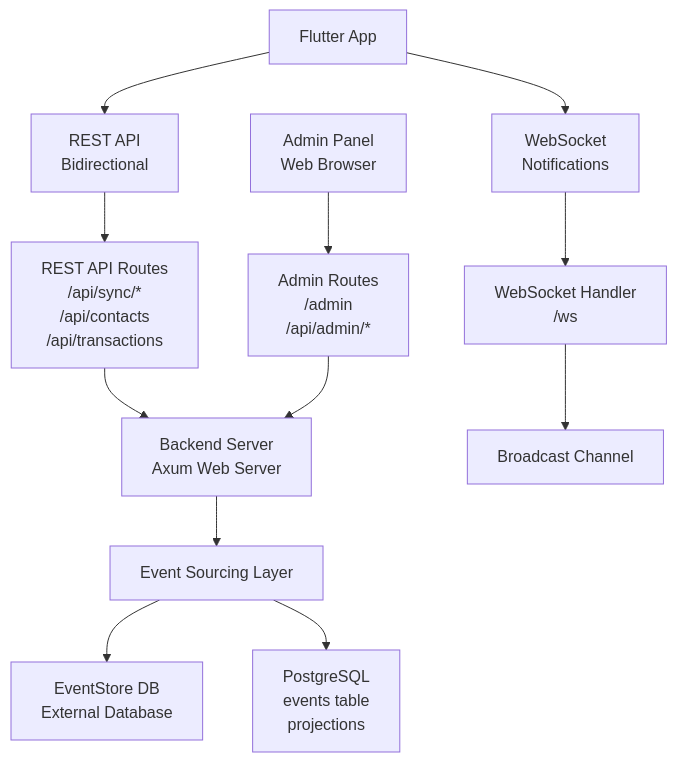
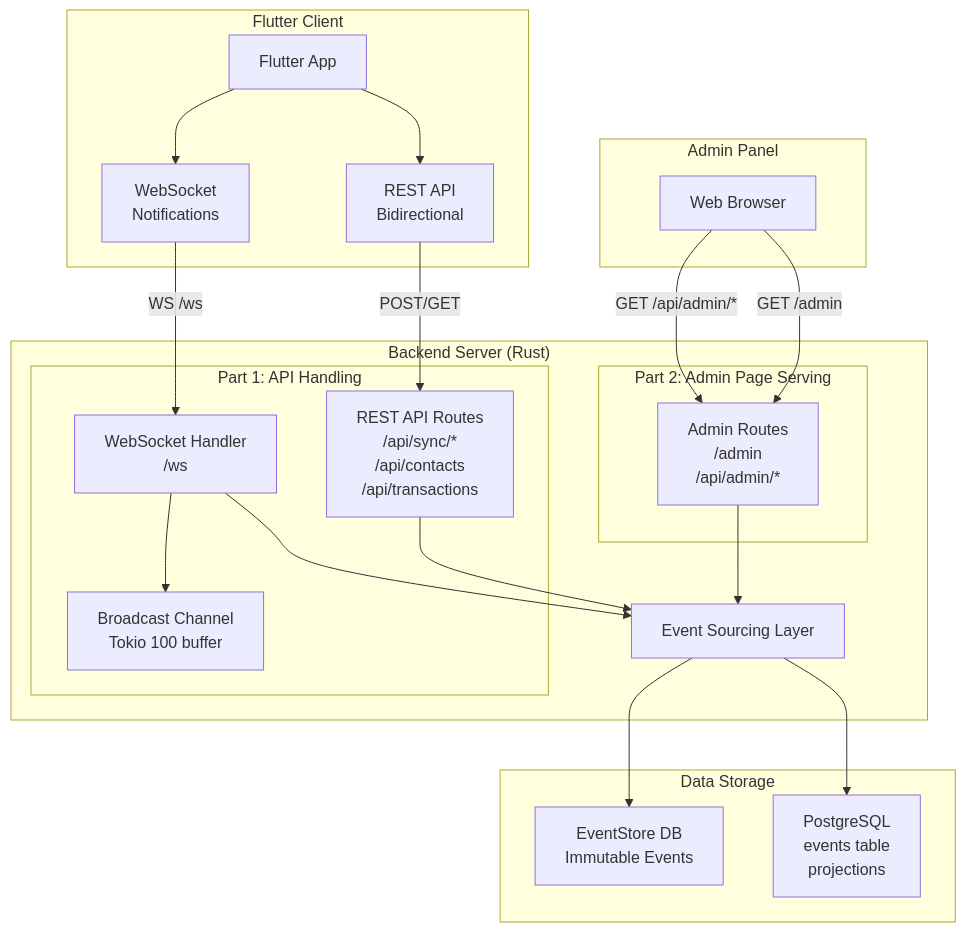
Before and after one commit to dark-cli/deptmaster: the fourth of 10 diagrams in docs/ARCHITECTURE.md, drawn with Mermaid. The commit also changed other lines of this file, not shown here.

First line of the commit message:
docs: rewrite ARCHITECTURE.md with clearer structure and Mermaid diagrams

````diff
--- a/docs/ARCHITECTURE.md
+++ b/docs/ARCHITECTURE.md
@@ -91,32 +93,47 @@
 ```mermaid
-flowchart TB
-    FlutterApp["Flutter App"]
-    RESTAPI["REST API<br/>Bidirectional"]
-    WebSocket["WebSocket<br/>Notifications"]
+graph TB
+    subgraph FlutterClient["Flutter Client"]
+        FlutterApp[Flutter App]
+        RESTAPI[REST API<br/>Bidirectional]
+        WebSocket[WebSocket<br/>Notifications]
+    end
     
-    AdminBrowser["Admin Panel<br/>Web Browser"]
+    subgraph AdminPanel["Admin Panel"]
+        Browser[Web Browser]
+    end
     
-    BackendServer["Backend Server<br/>Axum Web Server"]
-    RESTRoutes["REST API Routes<br/>/api/sync/*<br/>/api/contacts<br/>/api/transactions"]
-    WSHandler["WebSocket Handler<br/>/ws"]
-    BroadcastChannel["Broadcast Channel"]
-    AdminRoutes["Admin Routes<br/>/admin<br/>/api/admin/*"]
+    subgraph Backend["Backend Server (Rust)"]
+        subgraph Part1["Part 1: API Handling"]
+            RESTRoutes[REST API Routes<br/>/api/sync/*<br/>/api/contacts<br/>/api/transactions]
+            WSHandler[WebSocket Handler<br/>/ws]
+            Broadcast[Broadcast Channel<br/>Tokio 100 buffer]
+        end
+        
+        subgraph Part2["Part 2: Admin Page Serving"]
+            AdminRoutes[Admin Routes<br/>/admin<br/>/api/admin/*]
+        end
+        
+        EventSourcing[Event Sourcing Layer]
+    end
     
-    EventSourcing["Event Sourcing Layer"]
-    EventStoreDB["EventStore DB<br/>External Database"]
-    PostgreSQL["PostgreSQL<br/>events table<br/>projections"]
+    subgraph Storage["Data Storage"]
+        EventStoreDB[EventStore DB<br/>Immutable Events]
+        PostgreSQL[PostgreSQL<br/>events table<br/>projections]
+    end
     
     FlutterApp --> RESTAPI
     FlutterApp --> WebSocket
-    RESTAPI --> RESTRoutes
-    WebSocket --> WSHandler
-    WSHandler --> BroadcastChannel
+    RESTAPI -->|"POST/GET"| RESTRoutes
+    WebSocket -->|"WS /ws"| WSHandler
+    WSHandler --> Broadcast
     
-    AdminBrowser --> AdminRoutes
+    Browser -->|"GET /admin"| AdminRoutes
+    Browser -->|"GET /api/admin/*"| AdminRoutes
     
-    RESTRoutes --> BackendServer
-    AdminRoutes --> BackendServer
-    BackendServer --> EventSourcing
+    RESTRoutes --> EventSourcing
+    WSHandler --> EventSourcing
+    AdminRoutes --> EventSourcing
+    
     EventSourcing --> EventStoreDB
     EventSourcing --> PostgreSQL
 ```
````
